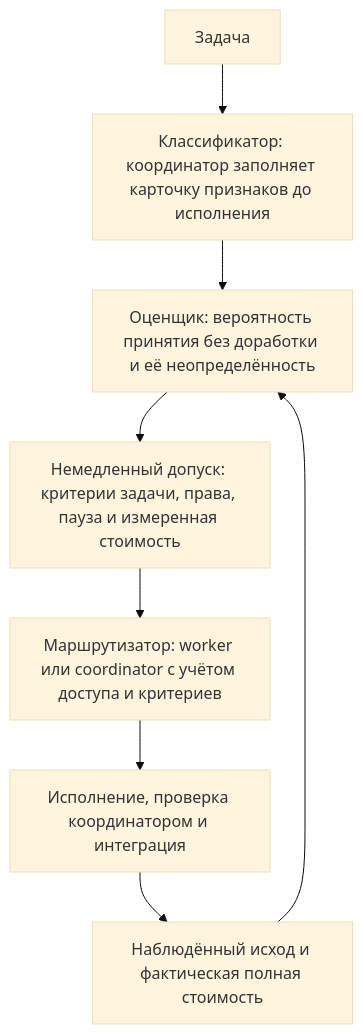
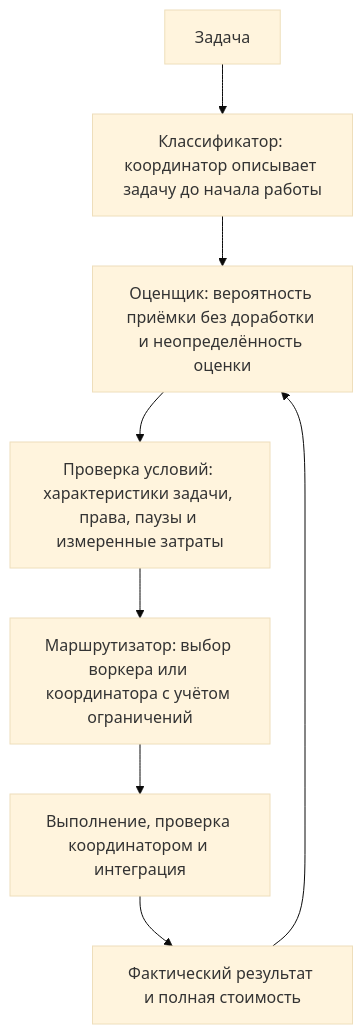
Before and after one commit to kirill31337/deepseek-team: the diagram in docs/ROUTING.ru.md, drawn with Mermaid (base theme). The commit also changed other lines of this file and 11 other files, not shown here.

````diff
--- a/docs/ROUTING.ru.md
+++ b/docs/ROUTING.ru.md
@@ -16,10 +24,10 @@
 ```mermaid
 flowchart TD
-    T[Задача] --> C["Классификатор: координатор заполняет карточку признаков до исполнения"]
-    C --> E["Оценщик: вероятность принятия без доработки и её неопределённость"]
-    E --> S["Немедленный допуск: критерии задачи, права, пауза и измеренная стоимость"]
-    S --> R["Маршрутизатор: worker или coordinator с учётом доступа и критериев"]
-    R --> X["Исполнение, проверка координатором и интеграция"]
-    X --> O["Наблюдённый исход и фактическая полная стоимость"]
+    T[Задача] --> C["Классификатор: координатор описывает задачу до начала работы"]
+    C --> E["Оценщик: вероятность приёмки без доработки и неопределённость оценки"]
+    E --> S["Проверка условий: характеристики задачи, права, паузы и измеренные затраты"]
+    S --> R["Маршрутизатор: выбор воркера или координатора с учётом ограничений"]
+    R --> X["Выполнение, проверка координатором и интеграция"]
+    X --> O["Фактический результат и полная стоимость"]
     O --> E
 ```
````
